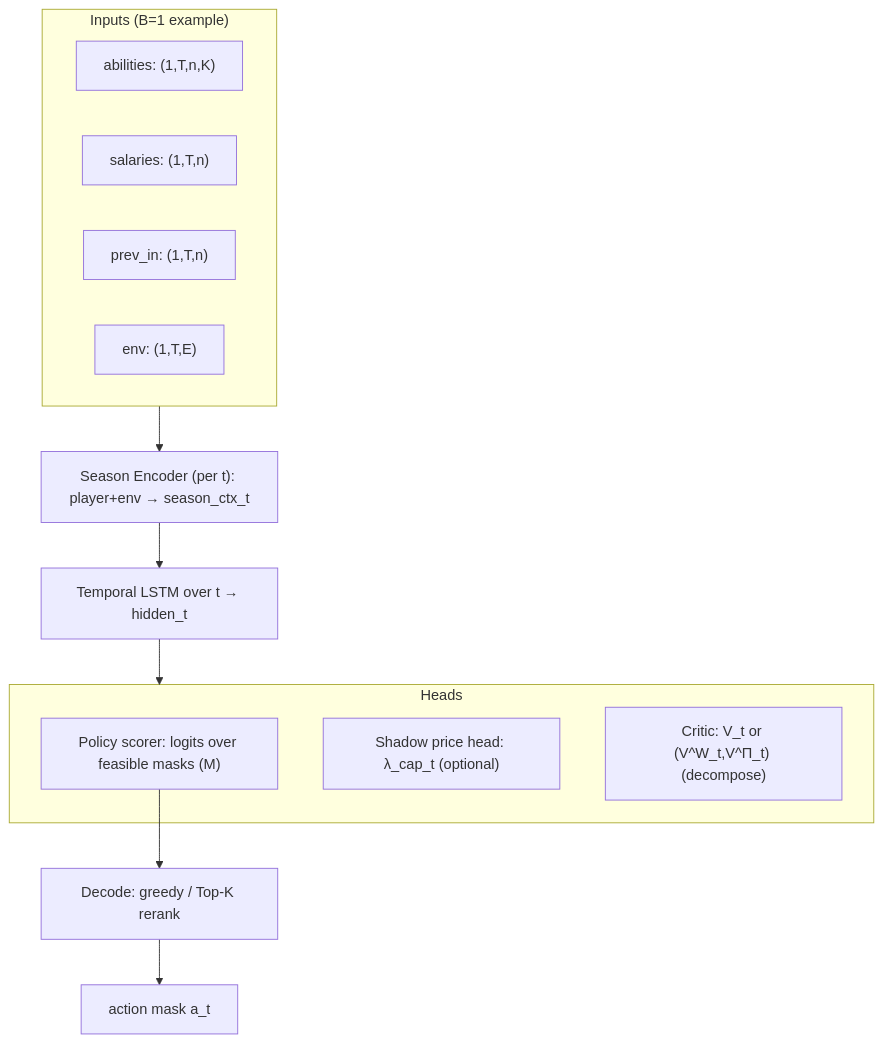
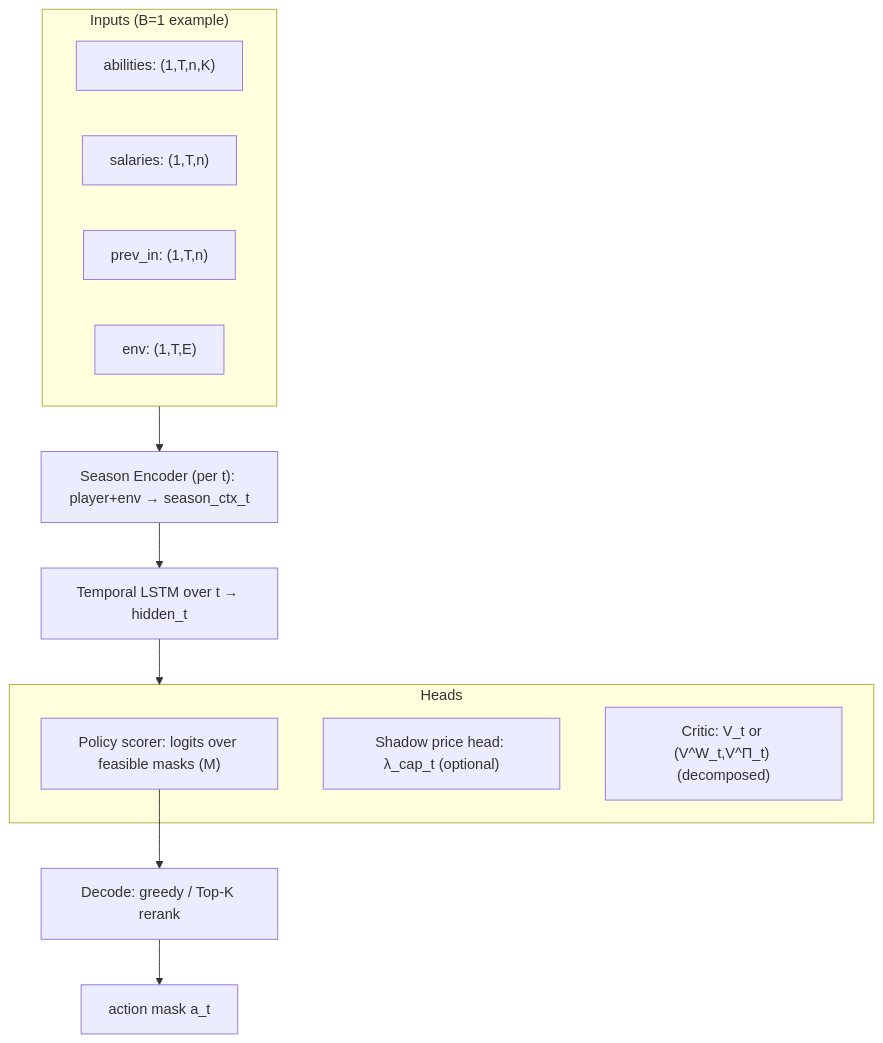
The first of 4 diagrams in train_strategy.md (haomingbai/mcm_2026_d), drawn with Mermaid before and after one commit. The commit also changed other lines of this file and 12 other files, not shown here.

````diff
--- a/train_strategy.md
+++ b/train_strategy.md
@@ -87,22 +88,22 @@
 ```mermaid
 flowchart TB
   subgraph In["Inputs (B=1 example)"]
     A["abilities: (1,T,n,K)"]
     S["salaries: (1,T,n)"]
     P["prev_in: (1,T,n)"]
     E["env: (1,T,E)"]
   end
 
   In --> Enc["Season Encoder (per t): player+env → season_ctx_t"]
   Enc --> Temp["Temporal LSTM over t → hidden_t"]
   Temp --> Heads["Heads (per t)"]
 
   subgraph Heads["Heads"]
     Pol["Policy scorer: logits over feasible masks (M)"]
     Lam["Shadow price head: λ_cap_t (optional)"]
-    V["Critic: V_t or (V^W_t,V^Π_t) (decompose)"]
+    V["Critic: V_t or (V^W_t,V^Π_t) (decomposed)"]
   end
 
   Pol --> Decode["Decode: greedy / Top-K rerank"]
   Decode --> Act["action mask a_t"]
 ```
````
